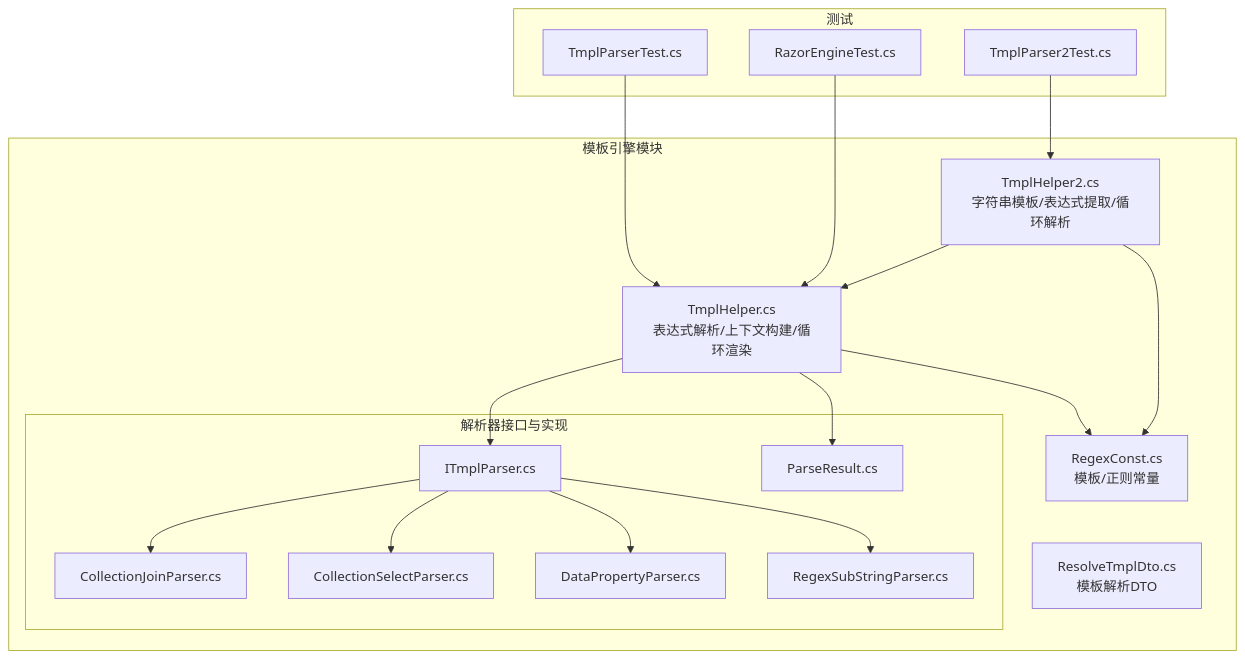
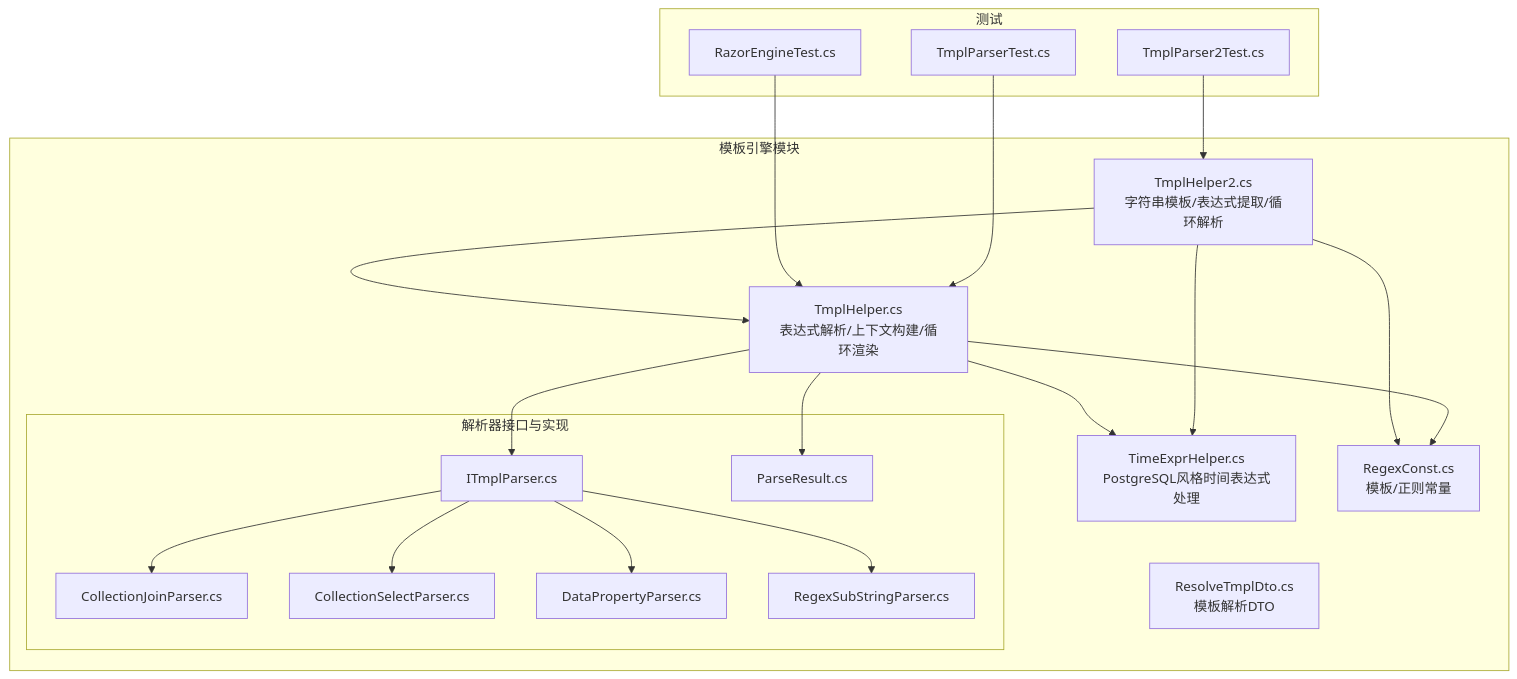
The first of 8 diagrams in .qoder/repowiki/zh/content/模板引擎系统/模板引擎系统.md (Sosososolong/AirGo), drawn with Mermaid before and after one commit. The commit also changed other lines of this file and 15 other files, not shown here.

````diff
--- a/.qoder/repowiki/zh/content/模板引擎系统/模板引擎系统.md
+++ b/.qoder/repowiki/zh/content/模板引擎系统/模板引擎系统.md
@@ -38,34 +45,37 @@
 ```mermaid
 graph TB
 subgraph "模板引擎模块"
 TH["TmplHelper.cs<br/>表达式解析/上下文构建/循环渲染"]
 TH2["TmplHelper2.cs<br/>字符串模板/表达式提取/循环解析"]
+TEH["TimeExprHelper.cs<br/>PostgreSQL风格时间表达式处理"]
 DTO["ResolveTmplDto.cs<br/>模板解析DTO"]
 subgraph "解析器接口与实现"
 IF["ITmplParser.cs"]
 PR["ParseResult.cs"]
 CJ["CollectionJoinParser.cs"]
 CS["CollectionSelectParser.cs"]
 DP["DataPropertyParser.cs"]
 RS["RegexSubStringParser.cs"]
 end
 RC["RegexConst.cs<br/>模板/正则常量"]
 end
 subgraph "测试"
 RT["RazorEngineTest.cs"]
 TP1["TmplParserTest.cs"]
 TP2["TmplParser2Test.cs"]
 end
 TH --> IF
 TH2 --> RC
 TH --> RC
 TH --> PR
+TH --> TEH
+TH2 --> TEH
 IF --> CJ
 IF --> CS
 IF --> DP
 IF --> RS
 TH2 --> TH
 RT --> TH
 TP1 --> TH
 TP2 --> TH2
 ```
````
